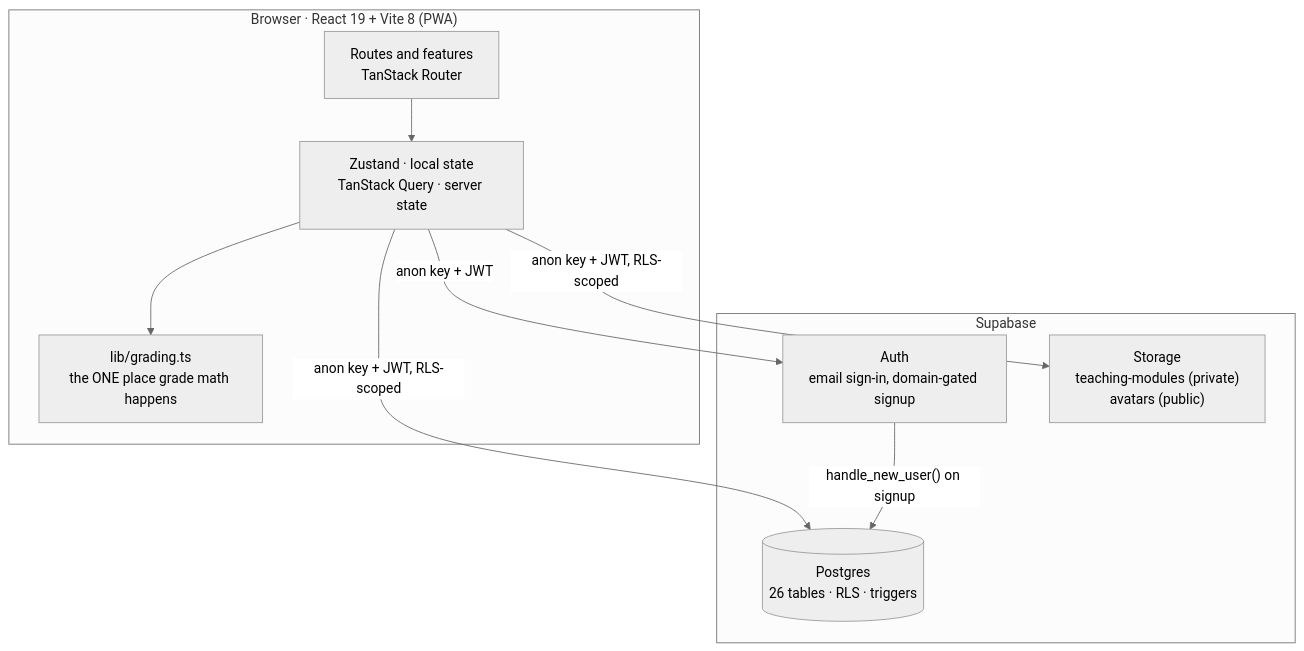
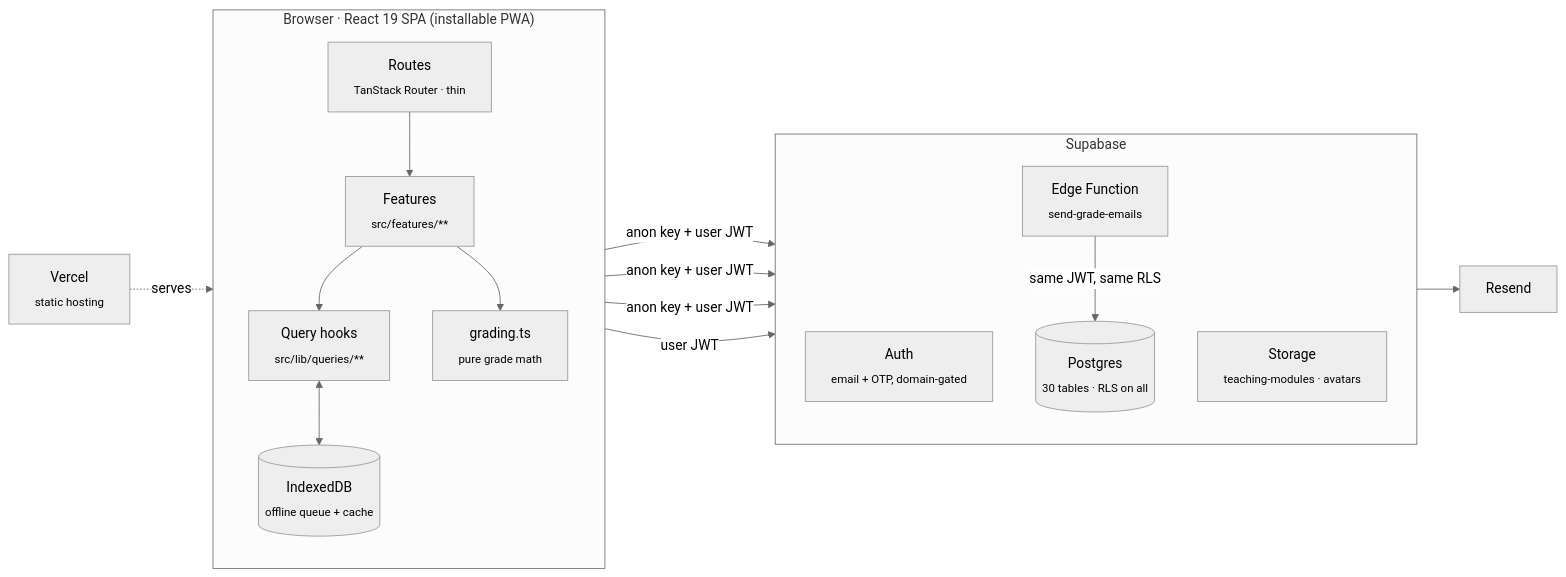
The diagram in docs/README.md (azialah/agilearn), drawn with Mermaid (neutral theme) before and after one commit. The commit also changed other lines of this file and 17 other files, not shown here.

````diff
--- a/docs/README.md
+++ b/docs/README.md
@@ -31,21 +44,28 @@
 ```mermaid
-flowchart TB
-    subgraph client["Browser · React 19 + Vite 8 (PWA)"]
-        UI["Routes and features<br/>TanStack Router"]
-        ST["Zustand · local state<br/>TanStack Query · server state"]
-        GR["lib/grading.ts<br/>the ONE place grade math happens"]
+flowchart LR
+    subgraph Browser["Browser · React 19 SPA (installable PWA)"]
+        direction TB
+        R["Routes<br/><sub>TanStack Router · thin</sub>"]
+        F["Features<br/><sub>src/features/**</sub>"]
+        Q["Query hooks<br/><sub>src/lib/queries/**</sub>"]
+        G["grading.ts<br/><sub>pure grade math</sub>"]
+        O[("IndexedDB<br/><sub>offline queue + cache</sub>")]
+        R --> F --> Q
+        F --> G
+        Q <--> O
     end
 
-    subgraph data["Supabase"]
-        AUTH["Auth<br/>email sign-in, domain-gated signup"]
-        DB[("Postgres<br/>26 tables · RLS · triggers")]
-        STORE["Storage<br/>teaching-modules (private)<br/>avatars (public)"]
+    subgraph Supabase
+        direction TB
+        A["Auth<br/><sub>email + OTP, domain-gated</sub>"]
+        P[("Postgres<br/><sub>30 tables · RLS on all</sub>")]
+        S["Storage<br/><sub>teaching-modules · avatars</sub>"]
+        E["Edge Function<br/><sub>send-grade-emails</sub>"]
     end
 
-    UI --> ST
-    ST --> GR
-    ST -->|"anon key + JWT"| AUTH
-    ST -->|"anon key + JWT, RLS-scoped"| DB
-    ST -->|"anon key + JWT, RLS-scoped"| STORE
-    AUTH -->|"handle_new_user() on signup"| DB
+    Q -- "anon key + user JWT" --> A & P & S
+    F -- "user JWT" --> E
+    E -- "same JWT, same RLS" --> P
+    E --> RS["Resend"]
+    V["Vercel<br/><sub>static hosting</sub>"] -. serves .-> Browser
 ```
````
